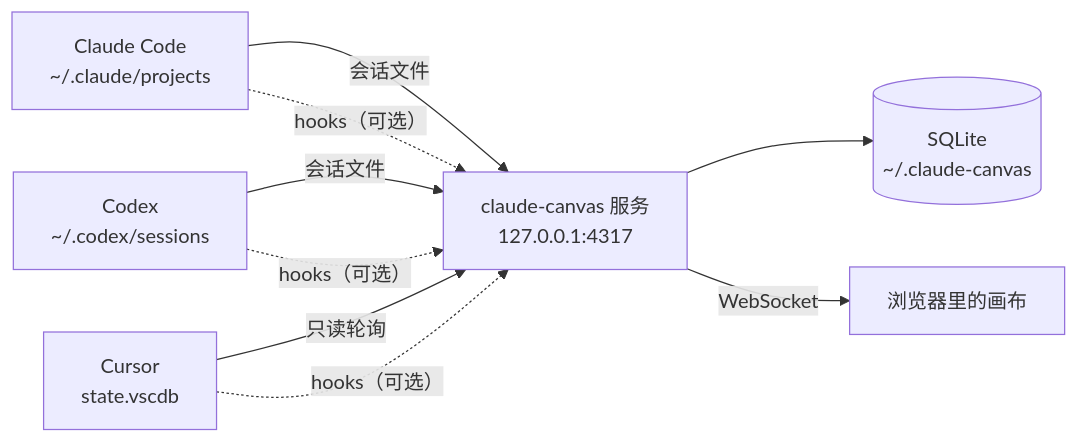
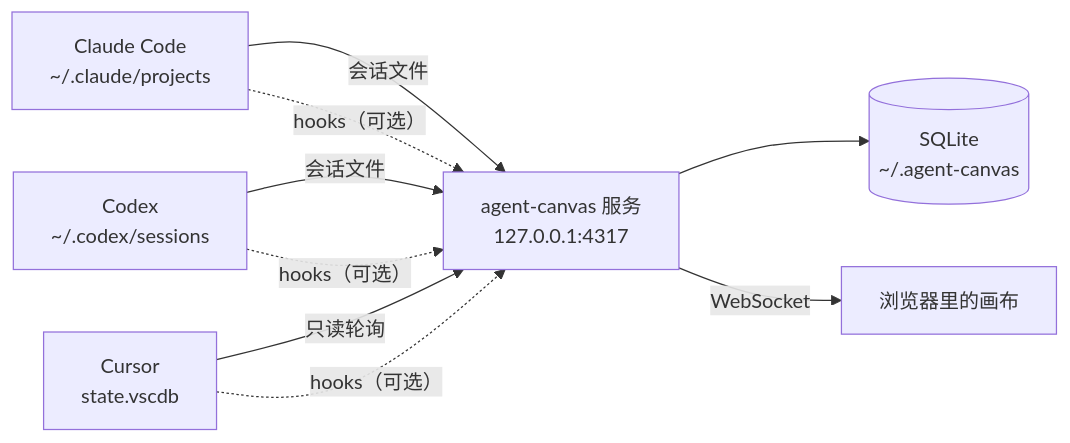
One commit to qtxsnwwb/agent-canvas changed the diagram in README.md. Above: the diagram before and after it, drawn with Mermaid. The commit also changed other lines of this file and 115 other files, not shown here.

First line of the commit message:
chore!: rename the project from claude-canvas to Agent Canvas

````diff
--- a/README.md
+++ b/README.md
@@ -156,11 +156,11 @@
 ```mermaid
 flowchart LR
   A["Claude Code<br/>~/.claude/projects"] -->|会话文件| S
   B["Codex<br/>~/.codex/sessions"] -->|会话文件| S
   C["Cursor<br/>state.vscdb"] -->|只读轮询| S
   A -.->|hooks（可选）| S
   B -.->|hooks（可选）| S
   C -.->|hooks（可选）| S
-  S["claude-canvas 服务<br/>127.0.0.1:4317"] --> D[("SQLite<br/>~/.claude-canvas")]
+  S["agent-canvas 服务<br/>127.0.0.1:4317"] --> D[("SQLite<br/>~/.agent-canvas")]
   S -->|WebSocket| W["浏览器里的画布"]
 ```
````
